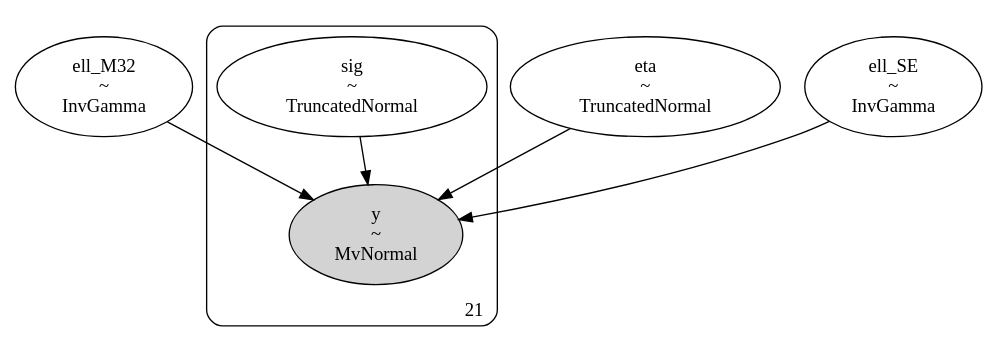
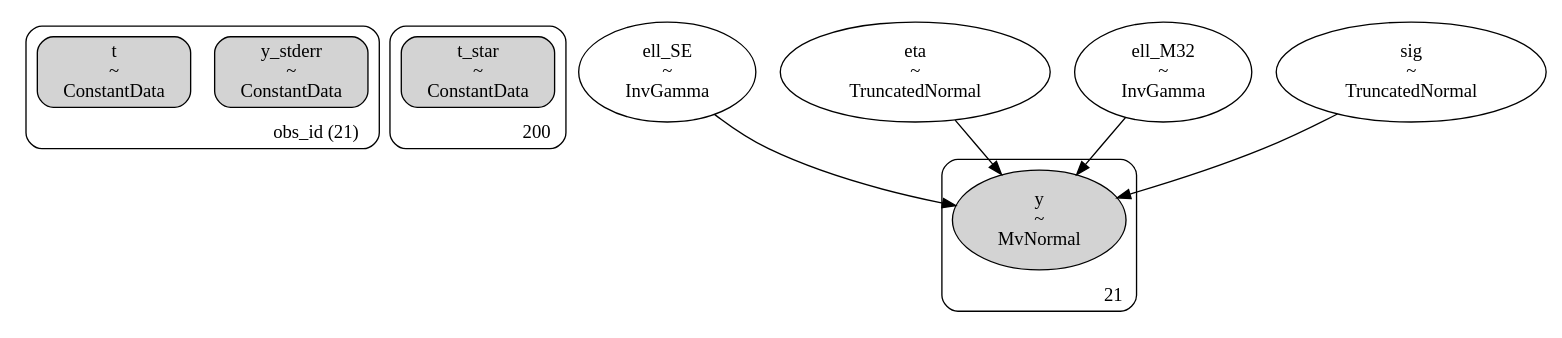
Before and after one commit to shihchingfu/gp-sandbox-thunderkat: the diagram in dags/428_ra236.530_dec-46.922_4U1543TraPDB_andersson_se+m32_dag.dot, drawn with Graphviz. The commit also changed 13 other files, not shown here.

```diff
--- a/dags/428_ra236.530_dec-46.922_4U1543TraPDB_andersson_se+m32_dag.dot
+++ b/dags/428_ra236.530_dec-46.922_4U1543TraPDB_andersson_se+m32_dag.dot
@@ -1,24 +1,39 @@
 digraph {
-	ell_M32 [label="ell_M32
+	subgraph "clusterobs_id (21)" {
+		y_stderr [label="y_stderr
+~
+ConstantData" shape=box style="rounded, filled"]
+		t [label="t
+~
+ConstantData" shape=box style="rounded, filled"]
+		label="obs_id (21)" labeljust=r labelloc=b style=rounded
+	}
+	subgraph cluster200 {
+		t_star [label="t_star
+~
+ConstantData" shape=box style="rounded, filled"]
+		label=200 labeljust=r labelloc=b style=rounded
+	}
+	ell_SE [label="ell_SE
 ~
 InvGamma" shape=ellipse]
 	eta [label="eta
 ~
 TruncatedNormal" shape=ellipse]
-	ell_SE [label="ell_SE
+	ell_M32 [label="ell_M32
 ~
 InvGamma" shape=ellipse]
+	sig [label="sig
+~
+TruncatedNormal" shape=ellipse]
 	subgraph cluster21 {
 		y [label="y
 ~
 MvNormal" shape=ellipse style=filled]
-		sig [label="sig
-~
-TruncatedNormal" shape=ellipse]
 		label=21 labeljust=r labelloc=b style=rounded
 	}
+	ell_SE -> y
+	eta -> y
 	ell_M32 -> y
-	eta -> y
-	ell_SE -> y
 	sig -> y
 }
```
